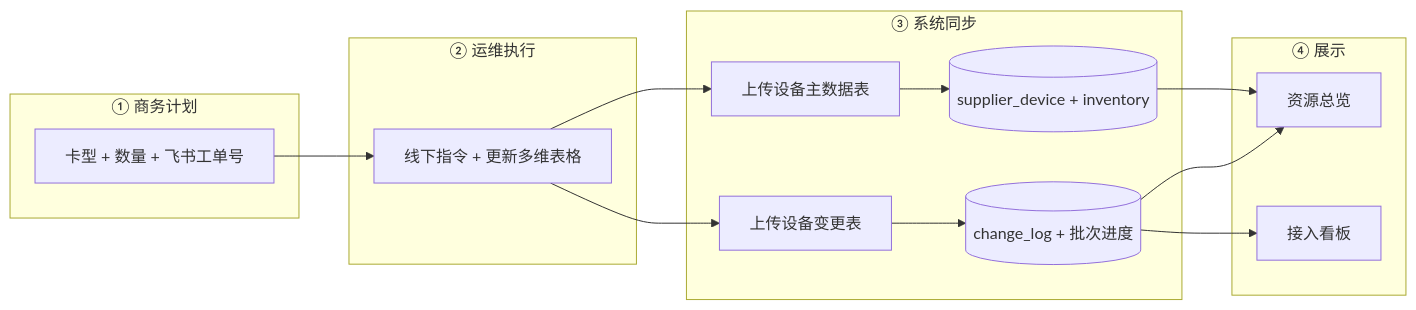
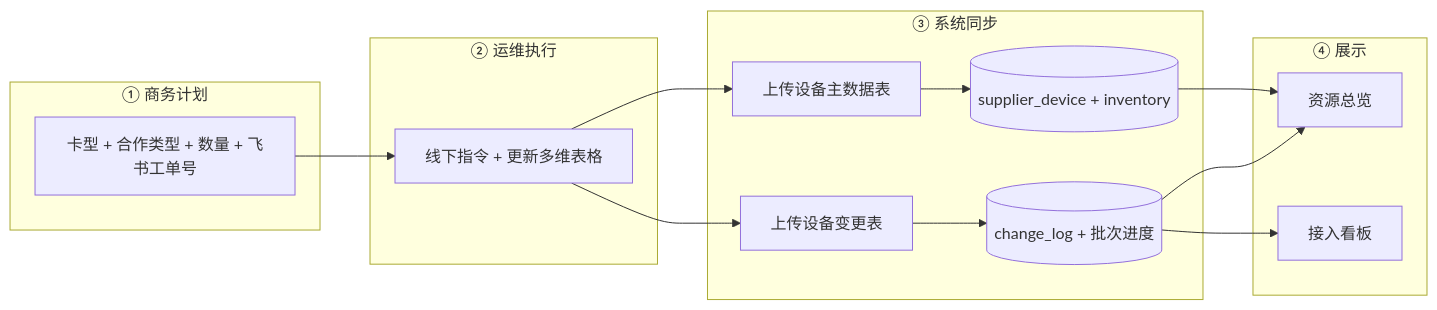
One commit to metacode0602/opencomfy-hub changed the first of 3 diagrams in apps/web/content/design/supplier-onboarding-plan-changelog-tracking-design.md. Above: the diagram before and after it, drawn with Mermaid. The commit also changed other lines of this file and 27 other files, not shown here.

````diff
--- a/apps/web/content/design/supplier-onboarding-plan-changelog-tracking-design.md
+++ b/apps/web/content/design/supplier-onboarding-plan-changelog-tracking-design.md
@@ -30,24 +30,24 @@
 ```mermaid
 flowchart LR
   subgraph step1 [① 商务计划]
-    P[卡型 + 数量 + 飞书工单号]
+    P[卡型 + 合作类型 + 数量 + 飞书工单号]
   end
   subgraph step2 [② 运维执行]
     O[线下指令 + 更新多维表格]
   end
   subgraph step3 [③ 系统同步]
     M[上传设备主数据表]
     C[上传设备变更表]
     M --> D[(supplier_device + inventory)]
     C --> CL[(change_log + 批次进度)]
   end
   subgraph step4 [④ 展示]
     OV[资源总览]
     GB[接入看板]
   end
   P --> O --> M
   O --> C
   CL --> OV
   CL --> GB
   D --> OV
 ```
````
